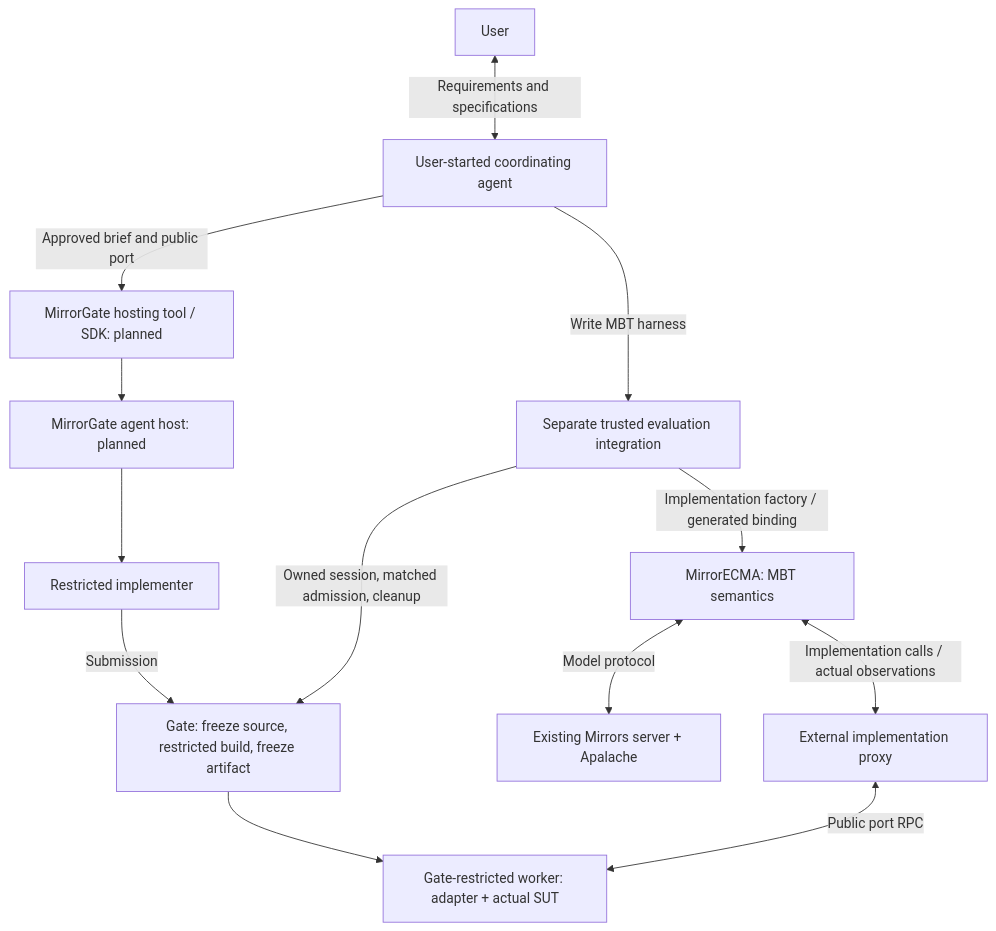
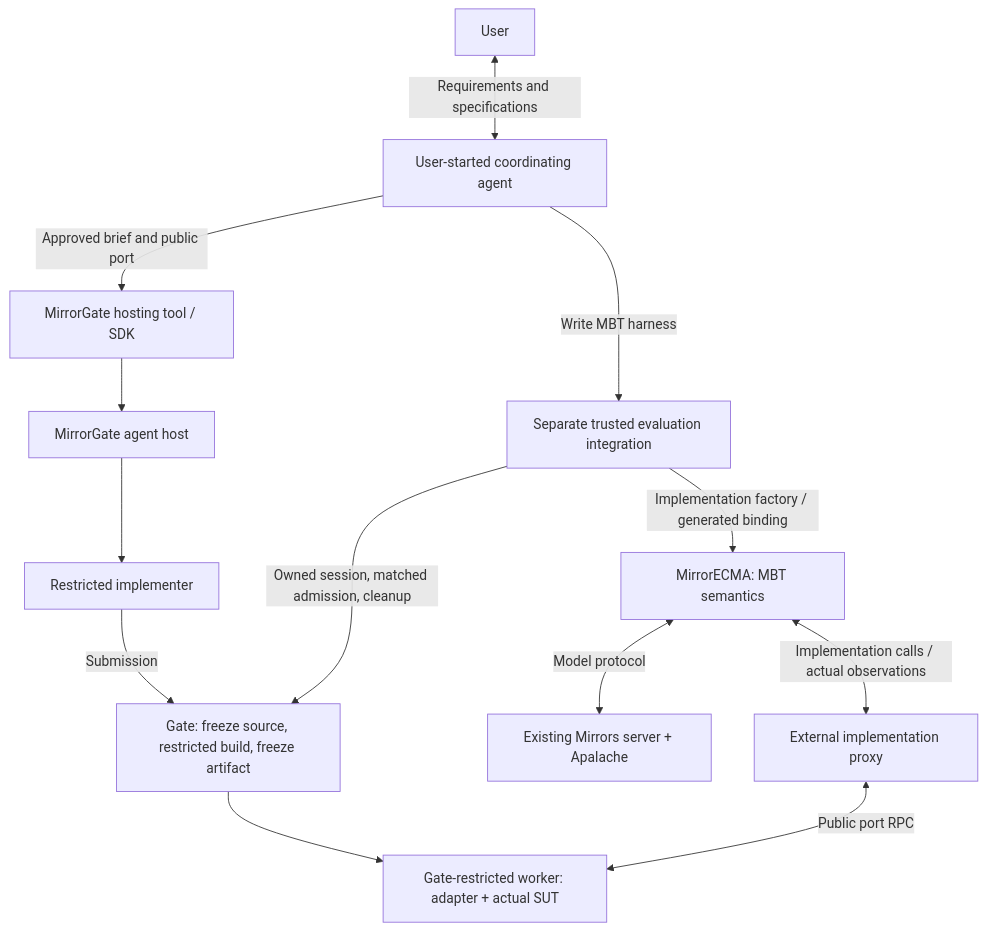
The diagram in docs/implementation-boundary-design.md (NzSN/MirrorECMA), drawn with Mermaid before and after one commit. The commit also changed other lines of this file and 44 other files, not shown here.

First line of the commit message:
feat!: move Gate orchestration out of MirrorECMA core

````diff
--- a/docs/implementation-boundary-design.md
+++ b/docs/implementation-boundary-design.md
@@ -52,15 +57,15 @@
 ```mermaid
 flowchart TD
     User["User"] <-->|"Requirements and specifications"| Coordinator["User-started coordinating agent"]
-    Coordinator -->|"Approved brief and public port"| Hosting["MirrorGate hosting tool / SDK: planned"]
-    Hosting --> Host["MirrorGate agent host: planned"]
+    Coordinator -->|"Approved brief and public port"| Hosting["MirrorGate hosting tool / SDK"]
+    Hosting --> Host["MirrorGate agent host"]
     Host --> Author["Restricted implementer"]
     Author -->|"Submission"| Prepared["Gate: freeze source, restricted build, freeze artifact"]
     Coordinator -->|"Write MBT harness"| Integration["Separate trusted evaluation integration"]
     Integration -->|"Implementation factory / generated binding"| ECMA["MirrorECMA: MBT semantics"]
     ECMA <-->|"Model protocol"| Mirror["Existing Mirrors server + Apalache"]
     Integration -->|"Owned session, matched admission, cleanup"| Prepared
     Prepared --> Worker["Gate-restricted worker: adapter + actual SUT"]
     ECMA <-->|"Implementation calls / actual observations"| Proxy["External implementation proxy"]
     Proxy <-->|"Public port RPC"| Worker
 ```
````
